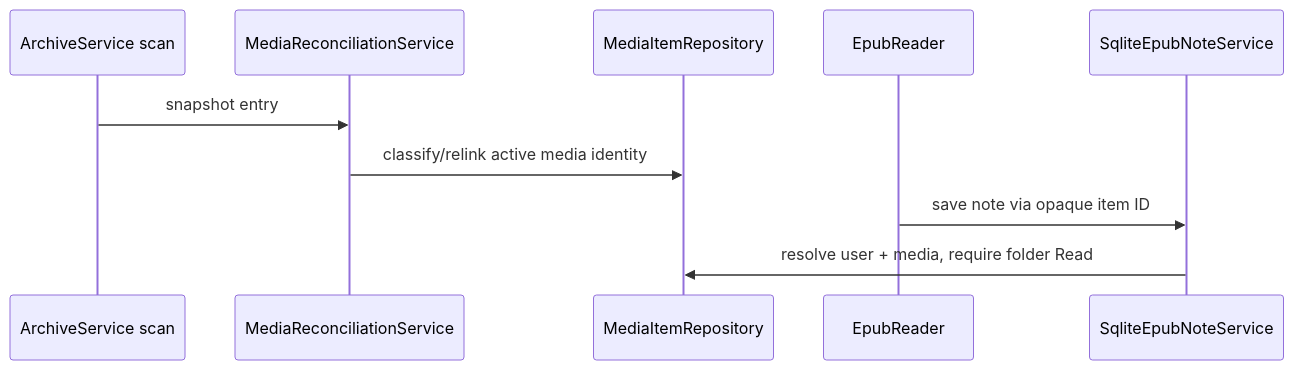
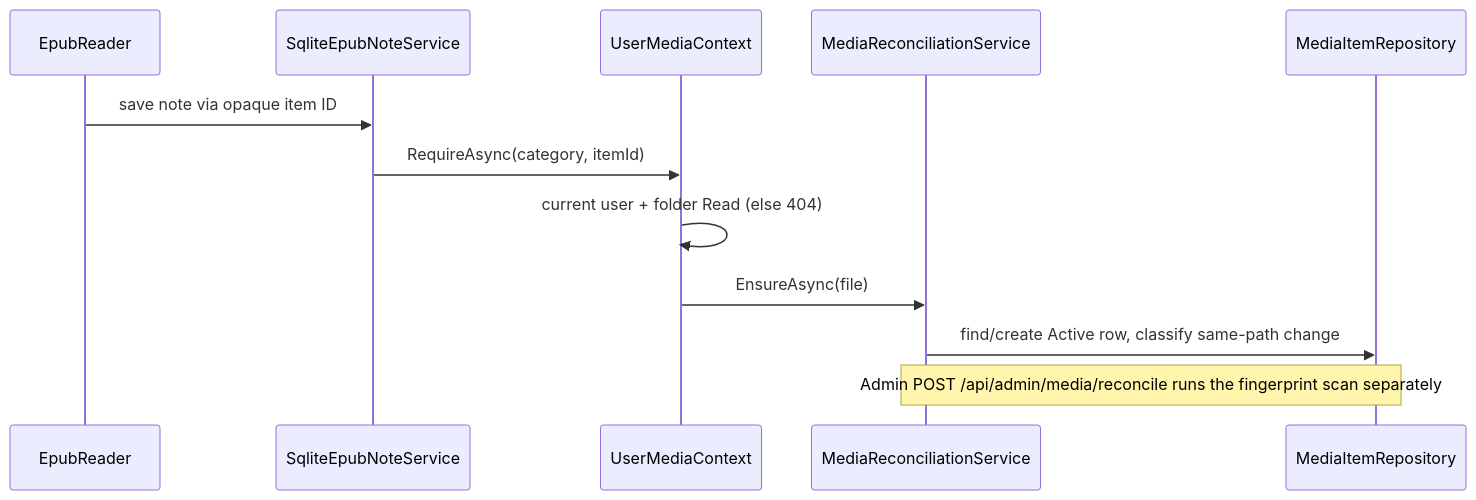
Before and after one commit to FabioRNobrega/perene-archive: the diagram in Specs/20260930164740-per-user-media-data-migration/Plan.md, drawn with Mermaid. The commit also changed other lines of this file and 61 other files, not shown here.

Commit message:
feat(job): add enqueue and execution recheck services, enhance media reconciliation, and implement naming counter and SQLite job store

````diff
--- a/Specs/20260930164740-per-user-media-data-migration/Plan.md
+++ b/Specs/20260930164740-per-user-media-data-migration/Plan.md
@@ -41,12 +41,14 @@
 ```mermaid
 sequenceDiagram
-  participant Scan as ArchiveService scan
+  participant Reader as EpubReader
+  participant Data as SqliteEpubNoteService
+  participant C as UserMediaContext
   participant R as MediaReconciliationService
   participant DB as MediaItemRepository
-  participant Reader as EpubReader
-  participant Data as SqliteEpubNoteService
-  Scan->>R: snapshot entry
-  R->>DB: classify/relink active media identity
   Reader->>Data: save note via opaque item ID
-  Data->>DB: resolve user + media, require folder Read
+  Data->>C: RequireAsync(category, itemId)
+  C->>C: current user + folder Read (else 404)
+  C->>R: EnsureAsync(file)
+  R->>DB: find/create Active row, classify same-path change
+  Note over R,DB: Admin POST /api/admin/media/reconcile runs the fingerprint scan separately
 ```
````
